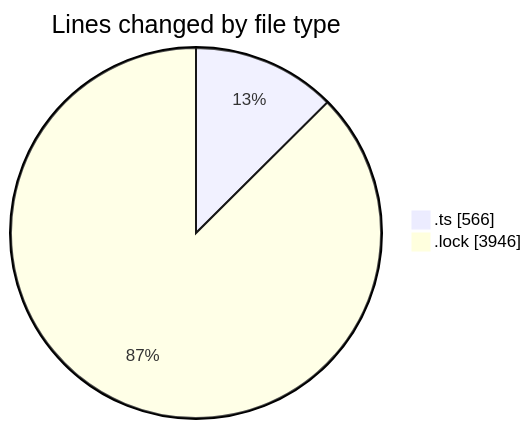
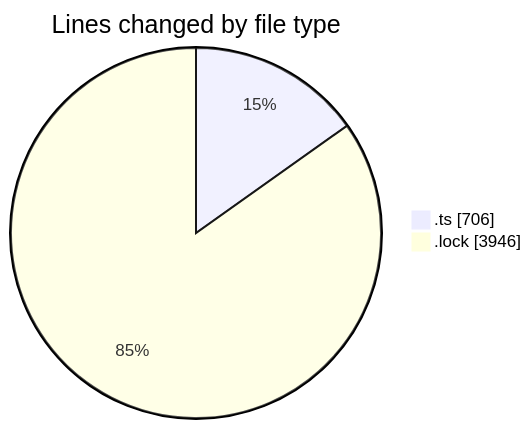
One commit to momahboobian/code-tracking changed the first of 2 diagrams in 2025-08-19/cda/README.md. Above: the diagram before and after it, drawn with Mermaid. The commit also changed other lines of this file and 1 other file, not shown here.

````diff
--- a/2025-08-19/cda/README.md
+++ b/2025-08-19/cda/README.md
@@ -24,6 +24,6 @@
 ```mermaid
 pie showData
 title Lines changed by file type
-".ts" : 566
+".ts" : 706
 ".lock" : 3946
 ```
````
